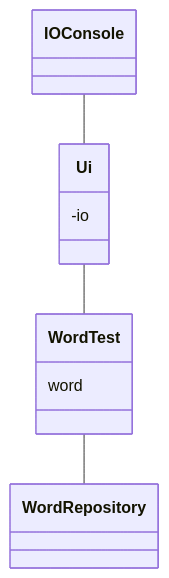
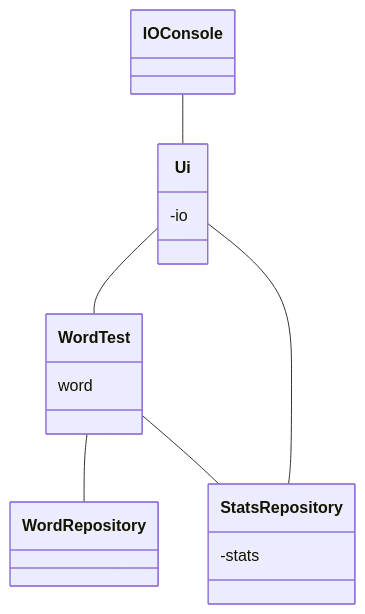
One commit to jaakkoset/ot-harjoitustyo changed the diagram in dokumentaatio/arkkitehtuuri.md. Above: the diagram before and after it, drawn with Mermaid. The commit also changed other lines of this file and 3 other files, not shown here.

````diff
--- a/dokumentaatio/arkkitehtuuri.md
+++ b/dokumentaatio/arkkitehtuuri.md
@@ -5,8 +5,11 @@
 ```mermaid
 classDiagram
     class Ui {-io}
     class WordTest {word}
+    class StatsRepository {-stats}
     IOConsole -- Ui
     Ui -- WordTest
+    Ui -- StatsRepository
     WordTest -- WordRepository
+    WordTest -- StatsRepository
 ```
````
